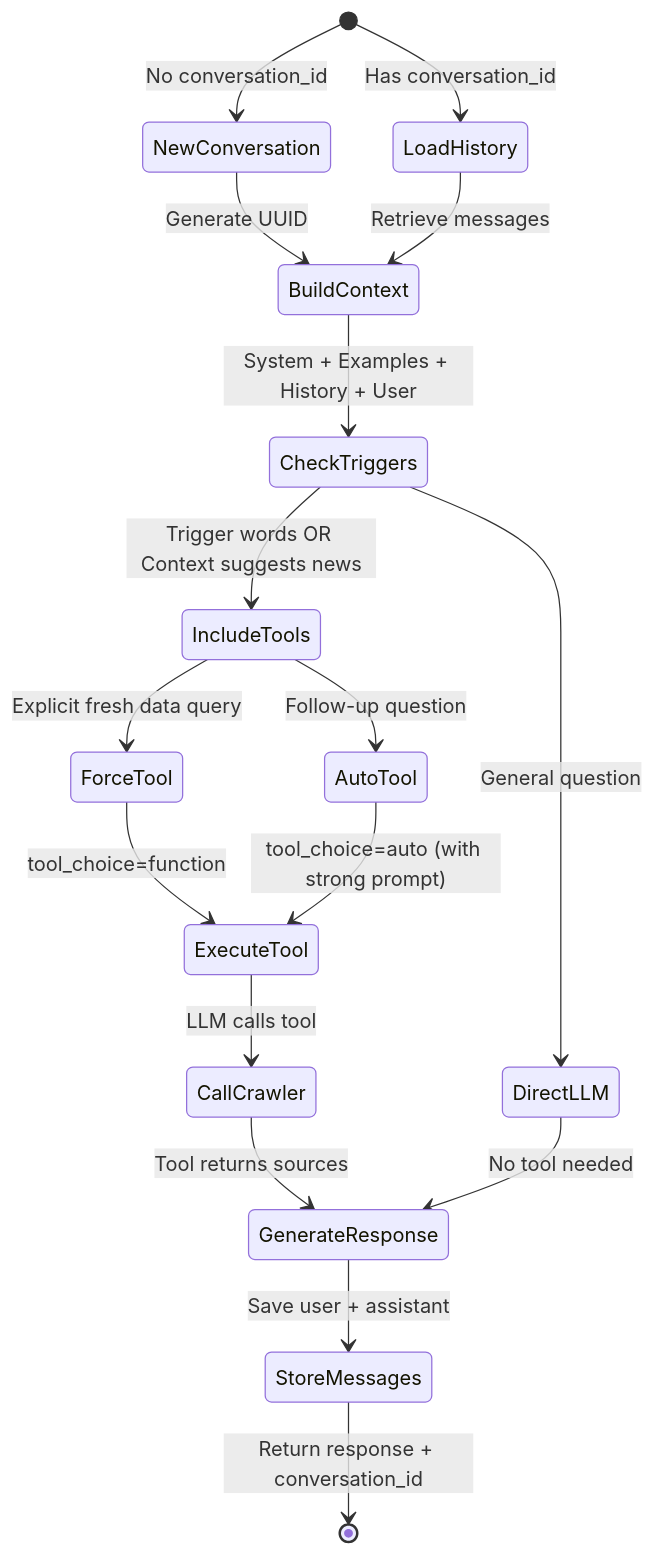
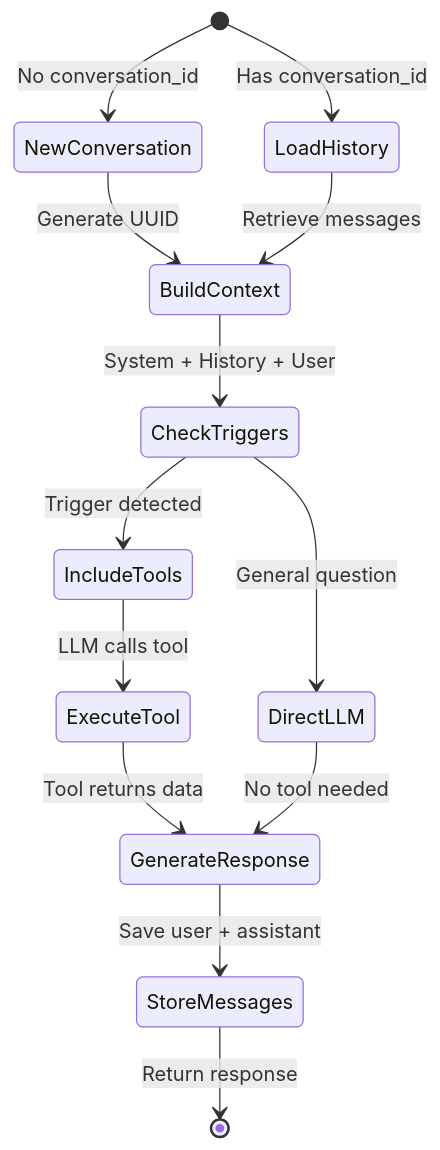
The second of 2 diagrams in docs/ARCHITECTURE.md (shushenglihotmail/LLMCrawl), drawn with Mermaid before and after one commit. The commit also changed other lines of this file and 13 other files, not shown here.

````diff
--- a/docs/ARCHITECTURE.md
+++ b/docs/ARCHITECTURE.md
@@ -134,27 +147,21 @@
 ```mermaid
 stateDiagram-v2
     [*] --> NewConversation: No conversation_id
     [*] --> LoadHistory: Has conversation_id
 
     NewConversation --> BuildContext: Generate UUID
     LoadHistory --> BuildContext: Retrieve messages
 
-    BuildContext --> CheckTriggers: System + Examples + History + User
+    BuildContext --> CheckTriggers: System + History + User
 
-    CheckTriggers --> IncludeTools: Trigger words OR Context suggests news
+    CheckTriggers --> IncludeTools: Trigger detected
     CheckTriggers --> DirectLLM: General question
 
-    IncludeTools --> ForceTool: Explicit fresh data query
-    IncludeTools --> AutoTool: Follow-up question
-
-    ForceTool --> ExecuteTool: tool_choice=function
-    AutoTool --> ExecuteTool: tool_choice=auto (with strong prompt)
-
-    ExecuteTool --> CallCrawler: LLM calls tool
-    CallCrawler --> GenerateResponse: Tool returns sources
+    IncludeTools --> ExecuteTool: LLM calls tool
+    ExecuteTool --> GenerateResponse: Tool returns data
 
     DirectLLM --> GenerateResponse: No tool needed
 
     GenerateResponse --> StoreMessages: Save user + assistant
-    StoreMessages --> [*]: Return response + conversation_id
+    StoreMessages --> [*]: Return response
 ```
````
